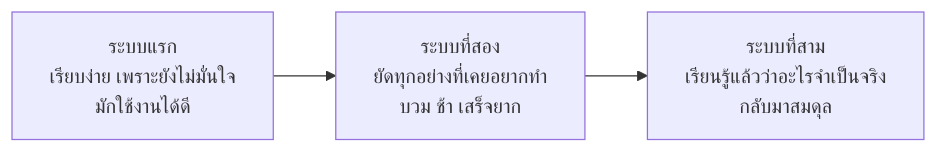
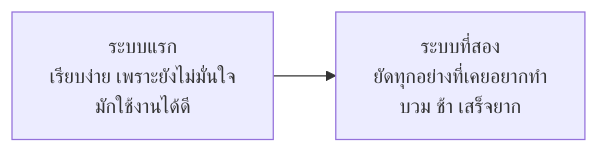
The fifth of 9 diagrams in readings/05-mythical-man-month.md (CE-SDPX/SDPX-AI), drawn with Mermaid before and after one commit. The commit also changed other lines of this file and 6 other files, not shown here.

````diff
--- a/readings/05-mythical-man-month.md
+++ b/readings/05-mythical-man-month.md
@@ -233,4 +233,4 @@
 ```mermaid
 flowchart LR
-    S1["ระบบแรก<br/>เรียบง่าย เพราะยังไม่มั่นใจ<br/>มักใช้งานได้ดี"] --> S2["ระบบที่สอง<br/>ยัดทุกอย่างที่เคยอยากทำ<br/>บวม ช้า เสร็จยาก"] --> S3["ระบบที่สาม<br/>เรียนรู้แล้วว่าอะไรจำเป็นจริง<br/>กลับมาสมดุล"]
+    S1["ระบบแรก<br/>เรียบง่าย เพราะยังไม่มั่นใจ<br/>มักใช้งานได้ดี"] --> S2["ระบบที่สอง<br/>ยัดทุกอย่างที่เคยอยากทำ<br/>บวม ช้า เสร็จยาก"]
 ```
````
